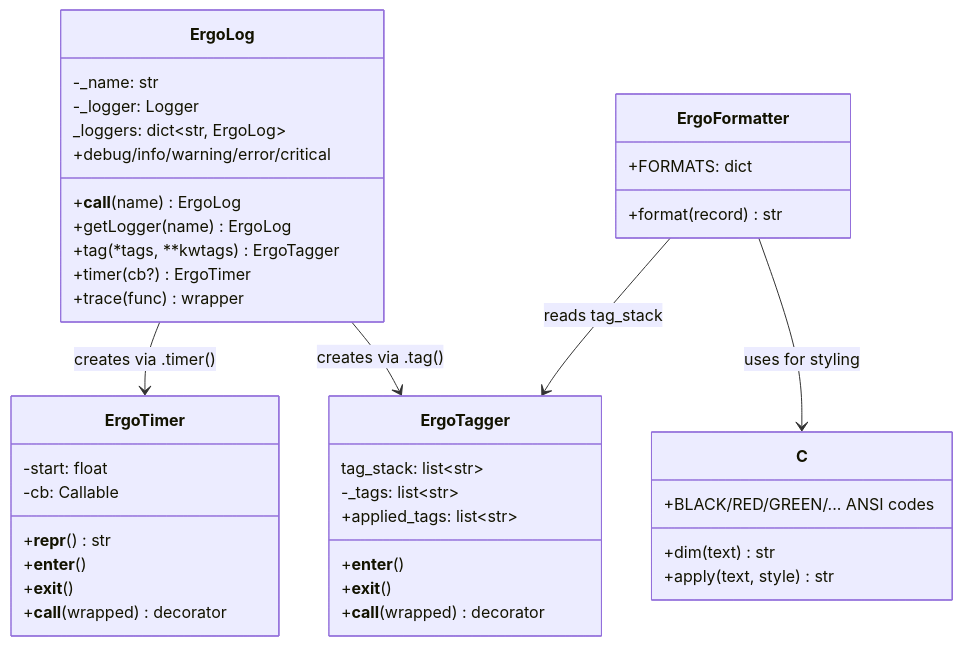
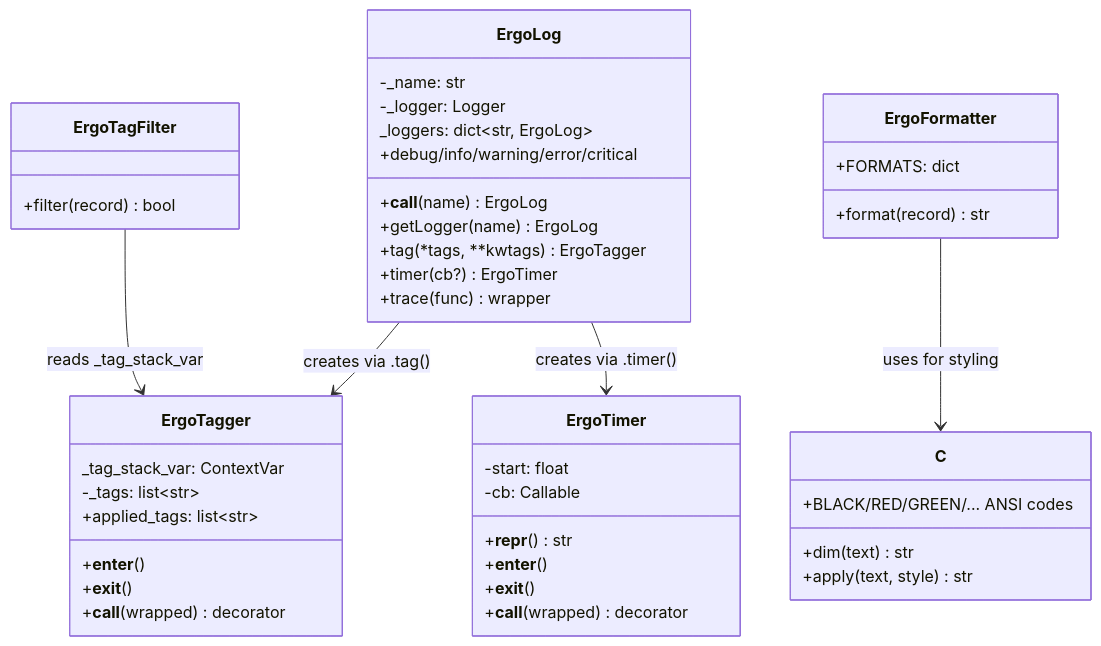
Before and after one commit to DaelonSuzuka/ergolog: the diagram in lode/core/summary.md, drawn with Mermaid. The commit also changed other lines of this file and 5 other files, not shown here.

Commit message:
Decouple tags from formatter via ErgoTagFilter; expose config; conditional dictConfig

````diff
--- a/lode/core/summary.md
+++ b/lode/core/summary.md
@@ -7,43 +7,46 @@
 ```mermaid
 classDiagram
     class ErgoLog {
         -_name: str
         -_logger: Logger
         _loggers: dict~str, ErgoLog~
         +debug/info/warning/error/critical
         +__call__(name) ErgoLog
         +getLogger(name) ErgoLog
         +tag(*tags, **kwtags) ErgoTagger
         +timer(cb?) ErgoTimer
         +trace(func) wrapper
     }
     class ErgoTagger {
-        tag_stack: list~str~
+        _tag_stack_var: ContextVar
         -_tags: list~str~
         +applied_tags: list~str~
         +__enter__()
         +__exit__()
         +__call__(wrapped) decorator
+    }
+    class ErgoTagFilter {
+        +filter(record) bool
     }
     class ErgoTimer {
         -start: float
         -cb: Callable
         +__repr__() str
         +__enter__()
         +__exit__()
         +__call__(wrapped) decorator
     }
     class ErgoFormatter {
         +FORMATS: dict
         +format(record) str
     }
     class C {
         +BLACK/RED/GREEN/... ANSI codes
         +dim(text) str
         +apply(text, style) str
     }
     ErgoLog --> ErgoTagger : creates via .tag()
     ErgoLog --> ErgoTimer : creates via .timer()
+    ErgoTagFilter --> ErgoTagger : reads _tag_stack_var
     ErgoFormatter --> C : uses for styling
-    ErgoFormatter --> ErgoTagger : reads tag_stack
 ```
````
